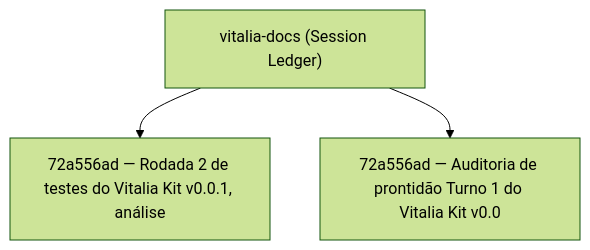
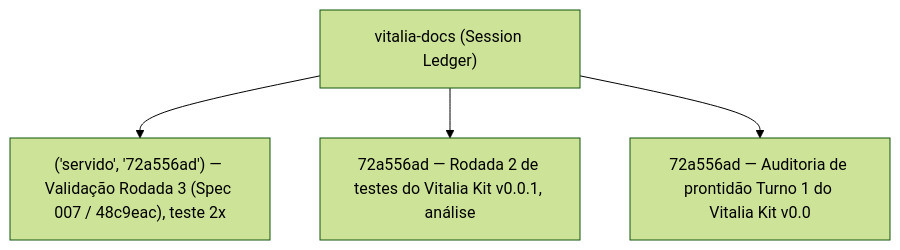
Before and after one commit to andreticba/vitalia-docs-cntx: the diagram in README.md, drawn with Mermaid (forest theme). The commit also changed other lines of this file and 5 other files, not shown here.

````diff
--- a/README.md
+++ b/README.md
@@ -21,8 +21,10 @@
 ```mermaid
 flowchart TD
     HUB["vitalia-docs (Session Ledger)"]
-    SHARD_1["72a556ad — Rodada 2 de testes do Vitalia Kit v0.0.1, análise "]
+    SHARD_1["('servido', '72a556ad') — Validação Rodada 3 (Spec 007 / 48c9eac), teste 2x "]
     HUB --> SHARD_1
-    SHARD_2["72a556ad — Auditoria de prontidão Turno 1 do Vitalia Kit v0.0"]
+    SHARD_2["72a556ad — Rodada 2 de testes do Vitalia Kit v0.0.1, análise "]
     HUB --> SHARD_2
+    SHARD_3["72a556ad — Auditoria de prontidão Turno 1 do Vitalia Kit v0.0"]
+    HUB --> SHARD_3
 ```
````
